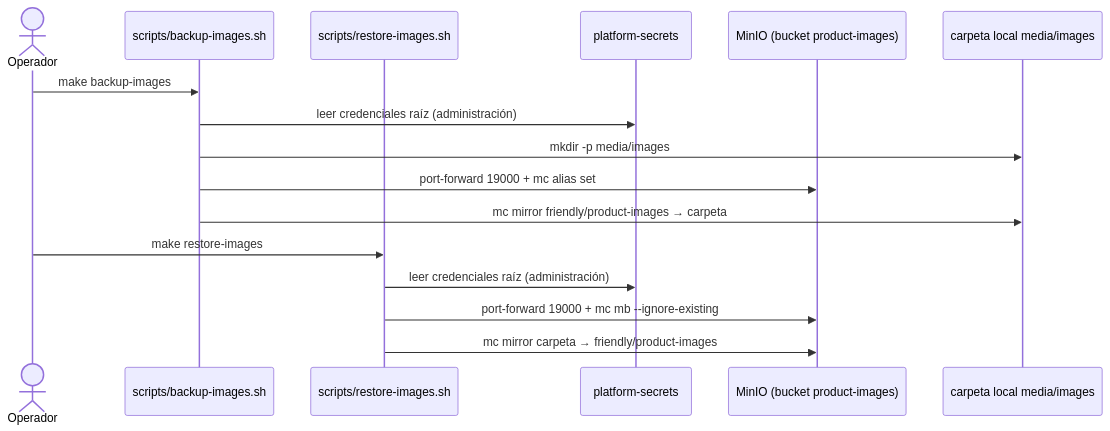
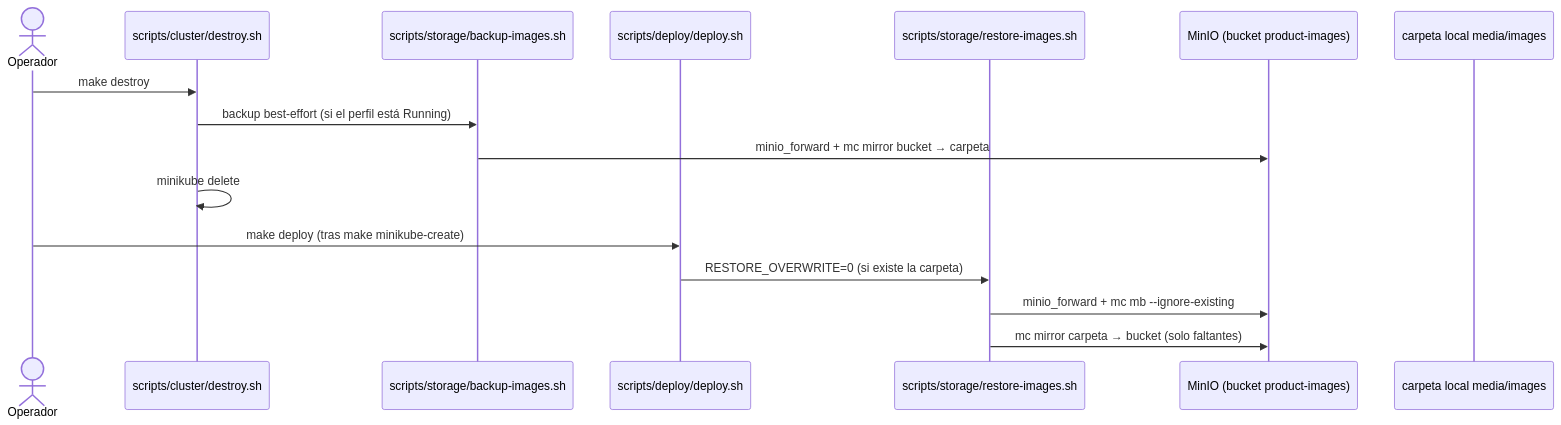
The third of 8 diagrams in specs/002-product-image-storage/uml.md (Dariosoft/fes-infra), drawn with Mermaid before and after one commit. The commit also changed other lines of this file and 3 other files, not shown here.

Commit message:
Reorganize scripts and Minikube patches; document conventions

````diff
--- a/specs/002-product-image-storage/uml.md
+++ b/specs/002-product-image-storage/uml.md
@@ -40,19 +77,19 @@
 ```mermaid
 sequenceDiagram
   actor OP as Operador
-  participant B as scripts/backup-images.sh
-  participant R as scripts/restore-images.sh
-  participant PS as platform-secrets
+  participant D as scripts/cluster/destroy.sh
+  participant B as scripts/storage/backup-images.sh
+  participant DP as scripts/deploy/deploy.sh
+  participant R as scripts/storage/restore-images.sh
   participant MO as MinIO (bucket product-images)
   participant FS as carpeta local media/images
 
-  OP->>B: make backup-images
-  B->>PS: leer credenciales raíz (administración)
-  B->>FS: mkdir -p media/images
-  B->>MO: port-forward 19000 + mc alias set
-  B->>FS: mc mirror friendly/product-images → carpeta
-  OP->>R: make restore-images
-  R->>PS: leer credenciales raíz (administración)
-  R->>MO: port-forward 19000 + mc mb --ignore-existing
-  R->>MO: mc mirror carpeta → friendly/product-images
+  OP->>D: make destroy
+  D->>B: backup best-effort (si el perfil está Running)
+  B->>MO: minio_forward + mc mirror bucket → carpeta
+  D->>D: minikube delete
+  OP->>DP: make deploy (tras make minikube-create)
+  DP->>R: RESTORE_OVERWRITE=0 (si existe la carpeta)
+  R->>MO: minio_forward + mc mb --ignore-existing
+  R->>MO: mc mirror carpeta → bucket (solo faltantes)
 ```
````
